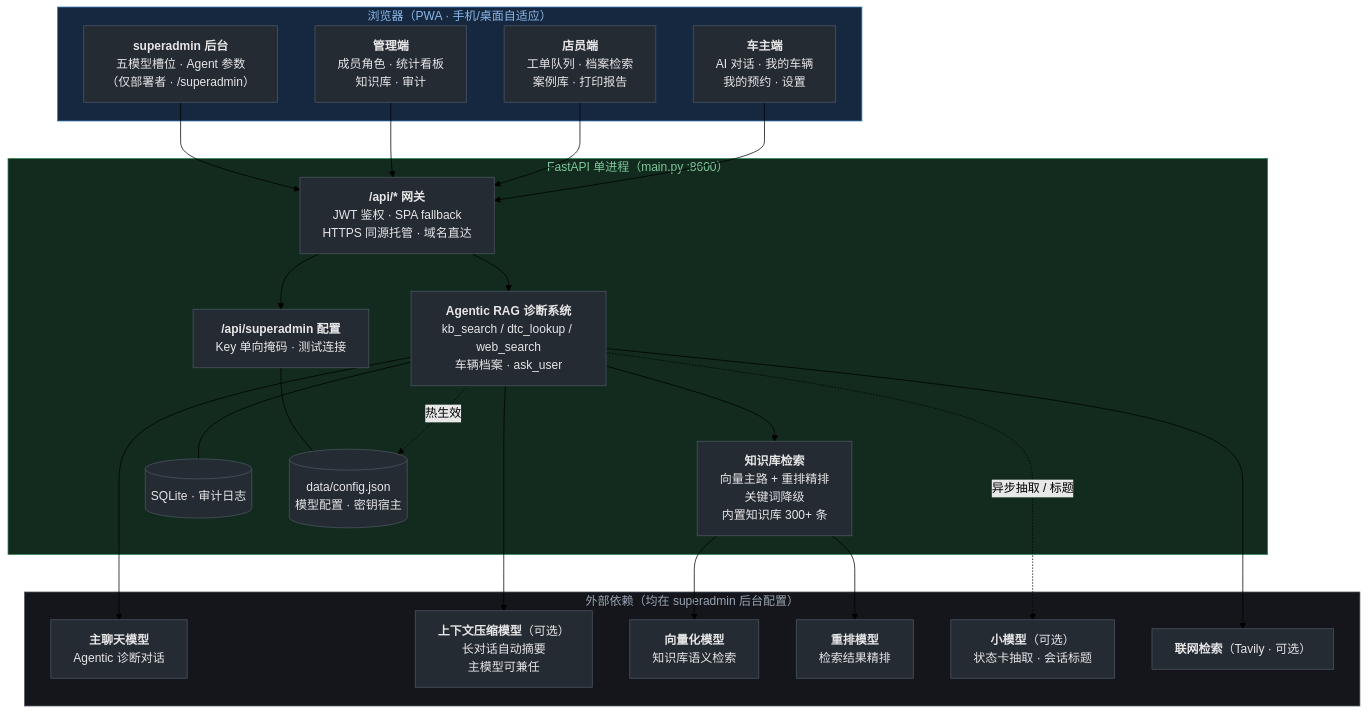
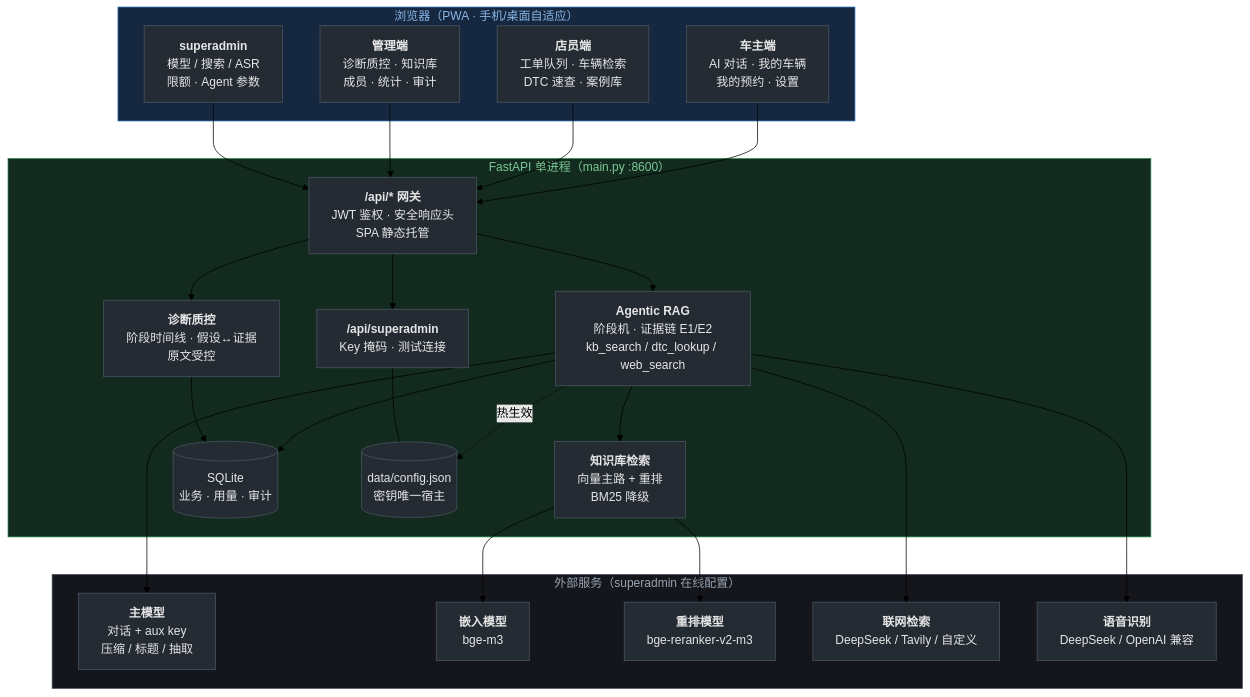
One commit to EVOL233awa/NEV-AI-Diagnostic-System changed the diagram in README.md. Above: the diagram before and after it, drawn with Mermaid (forest theme). The commit also changed other lines of this file and 149 other files, not shown here.

````diff
--- a/README.md
+++ b/README.md
@@ -11,50 +11,51 @@
 ```mermaid
 flowchart TB
     subgraph browser["浏览器（PWA · 手机/桌面自适应）"]
         B1["<b>车主端</b><br/>AI 对话 · 我的车辆<br/>我的预约 · 设置"]
-        B2["<b>店员端</b><br/>工单队列 · 档案检索<br/>案例库 · 打印报告"]
-        B3["<b>管理端</b><br/>成员角色 · 统计看板<br/>知识库 · 审计"]
-        B4["<b>superadmin 后台</b><br/>五模型槽位 · Agent 参数<br/>（仅部署者 · /superadmin）"]
+        B2["<b>店员端</b><br/>工单队列 · 车辆检索<br/>DTC 速查 · 案例库"]
+        B3["<b>管理端</b><br/>诊断质控 · 知识库<br/>成员 · 统计 · 审计"]
+        B4["<b>superadmin</b><br/>模型 / 搜索 / ASR<br/>限额 · Agent 参数"]
     end
 
     subgraph backend["FastAPI 单进程（main.py :8600）"]
-        GW["<b>/api/* 网关</b><br/>JWT 鉴权 · SPA fallback<br/>HTTPS 同源托管 · 域名直达"]
-        AG["<b>Agentic RAG 诊断系统</b><br/>kb_search / dtc_lookup / web_search<br/>车辆档案 · ask_user"]
-        RAG["<b>知识库检索</b><br/>向量主路 + 重排精排<br/>关键词降级<br/>内置知识库 300+ 条"]
-        DB[("SQLite · 审计日志")]
-        SA["<b>/api/superadmin 配置</b><br/>Key 单向掩码 · 测试连接"]
-        CFG[("data/config.json<br/>模型配置 · 密钥宿主")]
+        GW["<b>/api/* 网关</b><br/>JWT 鉴权 · 安全响应头<br/>SPA 静态托管"]
+        AG["<b>Agentic RAG</b><br/>阶段机 · 证据链 E1/E2<br/>kb_search / dtc_lookup / web_search"]
+        QC["<b>诊断质控</b><br/>阶段时间线 · 假设↔证据<br/>原文受控"]
+        RAG["<b>知识库检索</b><br/>向量主路 + 重排<br/>BM25 降级"]
+        DB[("SQLite<br/>业务 · 用量 · 审计")]
+        SA["<b>/api/superadmin</b><br/>Key 掩码 · 测试连接"]
+        CFG[("data/config.json<br/>密钥唯一宿主")]
     end
 
-    subgraph deps["外部依赖（均在 superadmin 后台配置）"]
-        M1["<b>主聊天模型</b><br/>Agentic 诊断对话"]
-        M2["<b>上下文压缩模型</b>（可选）<br/>长对话自动摘要<br/>主模型可兼任"]
-        M3["<b>向量化模型</b><br/>知识库语义检索"]
-        M5["<b>重排模型</b><br/>检索结果精排"]
-        M4["<b>小模型</b>（可选）<br/>状态卡抽取 · 会话标题"]
-        TV["<b>联网检索</b>（Tavily · 可选）"]
+    subgraph cloud["外部服务（superadmin 在线配置）"]
+        M1["<b>主模型</b><br/>对话 + aux key<br/>压缩 / 标题 / 抽取"]
+        M2["<b>嵌入模型</b><br/>bge-m3"]
+        M3["<b>重排模型</b><br/>bge-reranker-v2-m3"]
+        S1["<b>联网检索</b><br/>DeepSeek / Tavily / 自定义"]
+        A1["<b>语音识别</b><br/>DeepSeek / OpenAI 兼容"]
     end
 
     B1 --> GW
     B2 --> GW
     B3 --> GW
     B4 --> GW
     GW --> AG
+    GW --> QC
     GW --> SA
     AG --> RAG
-    AG --- DB
+    AG --> DB
+    QC --> DB
     AG -. "热生效" .-> CFG
     SA --- CFG
     AG --> M1
-    AG --> M2
-    AG --> TV
-    AG -. "异步抽取 / 标题" .-> M4
+    AG --> S1
+    AG --> A1
+    RAG --> M2
     RAG --> M3
-    RAG --> M5
 
     classDef node fill:#252b33,stroke:#4b5563,color:#e6e6e6
-    class B1,B2,B3,B4,GW,AG,RAG,DB,SA,CFG,M1,M2,M3,M4,M5,TV node
+    class B1,B2,B3,B4,GW,AG,QC,RAG,DB,SA,CFG,M1,M2,M3,S1,A1 node
     style browser fill:#16283f,stroke:#3b82c4,color:#8ab6e8
     style backend fill:#122b1e,stroke:#2e8b57,color:#7dc79a
-    style deps fill:#14161c,stroke:#4b5563,color:#9aa4b2
+    style cloud fill:#14161c,stroke:#4b5563,color:#9aa4b2
 ```
````
